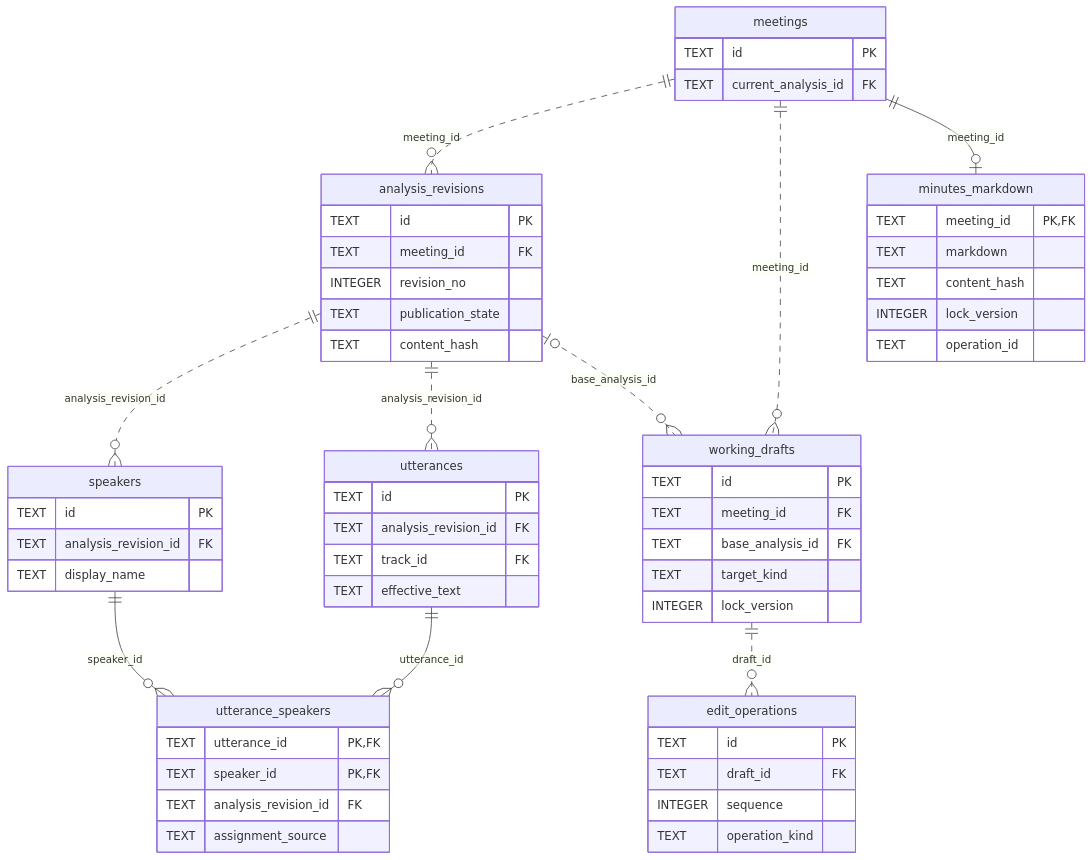
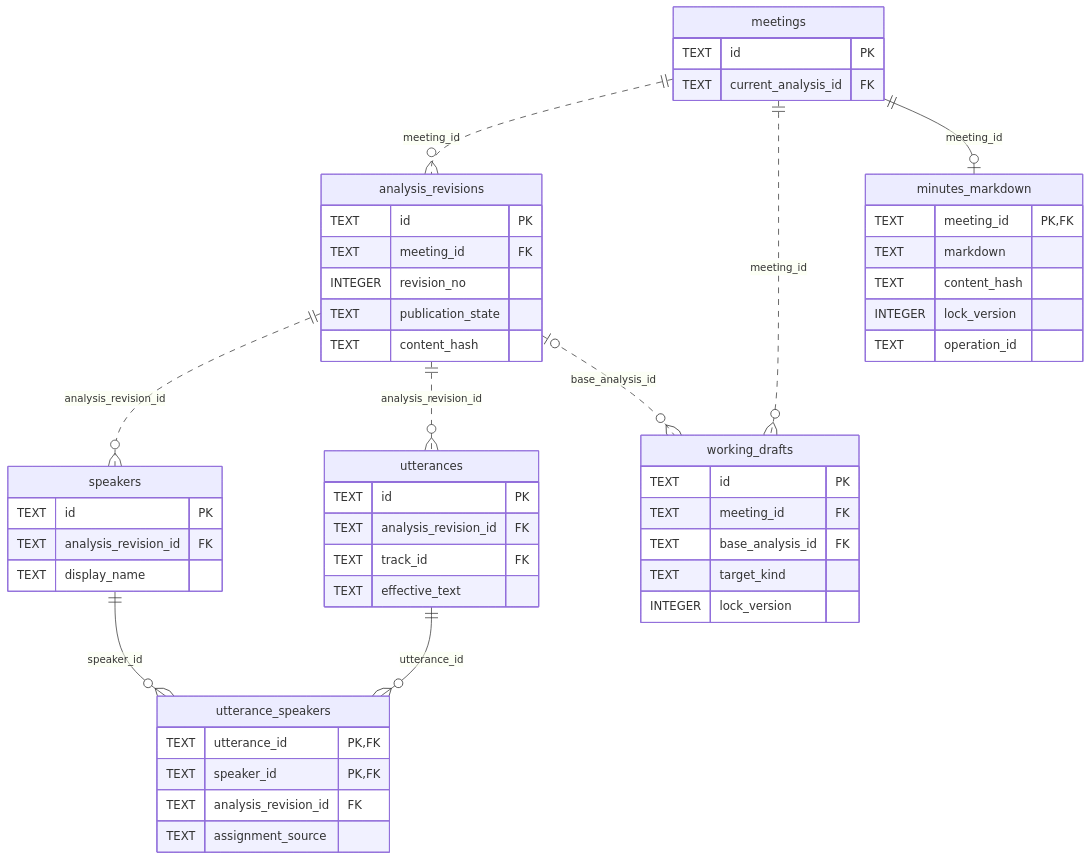
The second of 4 diagrams in docs/spec/data-model.md (s-kodani/minuteson), drawn with Mermaid before and after one commit. The commit also changed other lines of this file and 409 other files, not shown here.

````diff
--- a/docs/spec/data-model.md
+++ b/docs/spec/data-model.md
@@ -85,61 +85,54 @@
 ```mermaid
 erDiagram
     meetings ||..o{ analysis_revisions : "meeting_id"
     analysis_revisions ||..o{ speakers : "analysis_revision_id"
     analysis_revisions ||..o{ utterances : "analysis_revision_id"
     utterances ||--o{ utterance_speakers : "utterance_id"
     speakers ||--o{ utterance_speakers : "speaker_id"
     meetings ||..o{ working_drafts : "meeting_id"
     analysis_revisions |o..o{ working_drafts : "base_analysis_id"
-    working_drafts ||..o{ edit_operations : "draft_id"
     meetings ||--o| minutes_markdown : "meeting_id"
 
     meetings {
         TEXT id PK
         TEXT current_analysis_id FK
     }
     analysis_revisions {
         TEXT id PK
         TEXT meeting_id FK
         INTEGER revision_no
         TEXT publication_state
         TEXT content_hash
     }
     speakers {
         TEXT id PK
         TEXT analysis_revision_id FK
         TEXT display_name
     }
     utterances {
         TEXT id PK
         TEXT analysis_revision_id FK
         TEXT track_id FK
         TEXT effective_text
     }
     utterance_speakers {
         TEXT utterance_id PK,FK
         TEXT speaker_id PK,FK
         TEXT analysis_revision_id FK
         TEXT assignment_source
     }
     working_drafts {
         TEXT id PK
         TEXT meeting_id FK
         TEXT base_analysis_id FK
         TEXT target_kind
         INTEGER lock_version
     }
-    edit_operations {
-        TEXT id PK
-        TEXT draft_id FK
-        INTEGER sequence
-        TEXT operation_kind
-    }
     minutes_markdown {
         TEXT meeting_id PK,FK
         TEXT markdown
         TEXT content_hash
         INTEGER lock_version
         TEXT operation_id
     }
 ```
````
